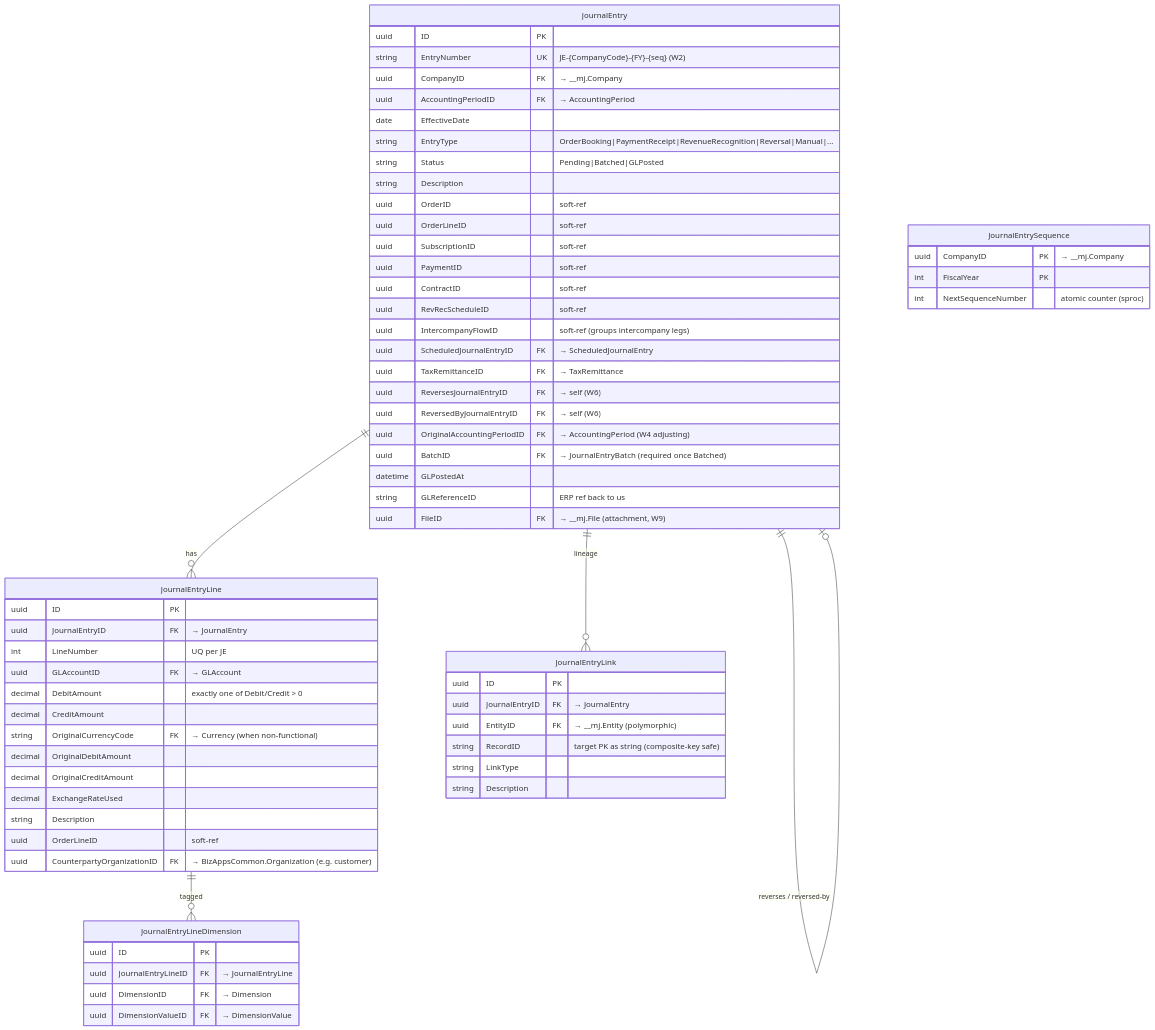
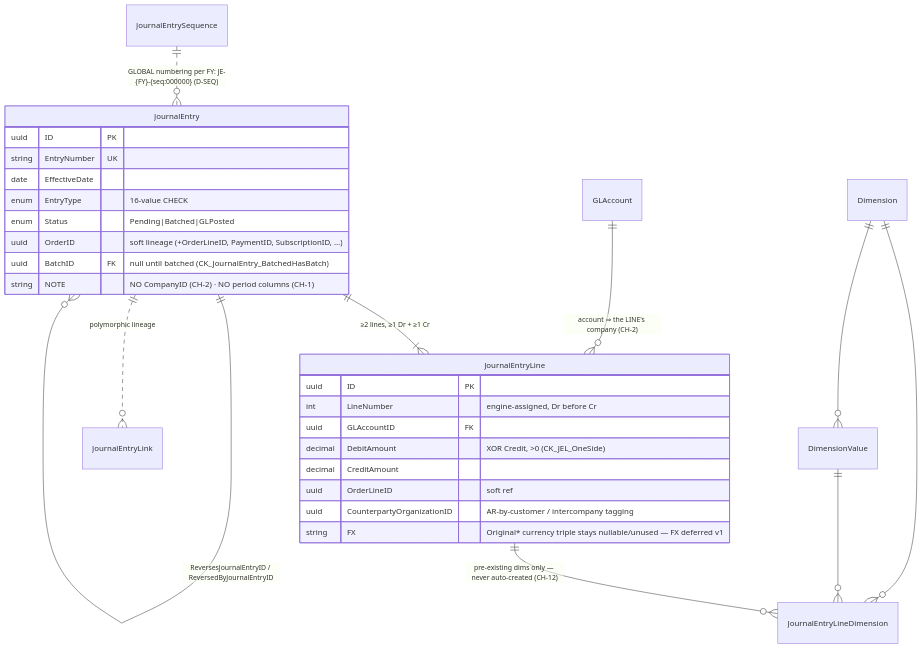
Before and after one commit to MemberJunction/bizapps-accounting: the second of 3 diagrams in docs/bizapps-accounting-erd.md, drawn with Mermaid. The commit also changed other lines of this file and 106 other files, not shown here.

First line of the commit message:
Accounting engine + Accounting.CreateJournalEntry op (AM-7 steps 1-4)

````diff
--- a/docs/bizapps-accounting-erd.md
+++ b/docs/bizapps-accounting-erd.md
@@ -172,67 +66,29 @@
 ```mermaid
 erDiagram
-    JournalEntry {
-        uuid ID PK
-        string EntryNumber UK "JE-{CompanyCode}-{FY}-{seq} (W2)"
-        uuid CompanyID FK "→ __mj.Company"
-        uuid AccountingPeriodID FK "→ AccountingPeriod"
-        date EffectiveDate
-        string EntryType "OrderBooking|PaymentReceipt|RevenueRecognition|Reversal|Manual|..."
-        string Status "Pending|Batched|GLPosted"
-        string Description
-        uuid OrderID "soft-ref"
-        uuid OrderLineID "soft-ref"
-        uuid SubscriptionID "soft-ref"
-        uuid PaymentID "soft-ref"
-        uuid ContractID "soft-ref"
-        uuid RevRecScheduleID "soft-ref"
-        uuid IntercompanyFlowID "soft-ref (groups intercompany legs)"
-        uuid ScheduledJournalEntryID FK "→ ScheduledJournalEntry"
-        uuid TaxRemittanceID FK "→ TaxRemittance"
-        uuid ReversesJournalEntryID FK "→ self (W6)"
-        uuid ReversedByJournalEntryID FK "→ self (W6)"
-        uuid OriginalAccountingPeriodID FK "→ AccountingPeriod (W4 adjusting)"
-        uuid BatchID FK "→ JournalEntryBatch (required once Batched)"
-        datetime GLPostedAt
-        string GLReferenceID "ERP ref back to us"
-        uuid FileID FK "→ __mj.File (attachment, W9)"
-    }
-    JournalEntryLine {
-        uuid ID PK
-        uuid JournalEntryID FK "→ JournalEntry"
-        int LineNumber "UQ per JE"
-        uuid GLAccountID FK "→ GLAccount"
-        decimal DebitAmount "exactly one of Debit/Credit > 0"
-        decimal CreditAmount
-        string OriginalCurrencyCode FK "→ Currency (when non-functional)"
-        decimal OriginalDebitAmount
-        decimal OriginalCreditAmount
-        decimal ExchangeRateUsed
-        string Description
-        uuid OrderLineID "soft-ref"
-        uuid CounterpartyOrganizationID FK "→ BizAppsCommon.Organization (e.g. customer)"
-    }
-    JournalEntryLineDimension {
-        uuid ID PK
-        uuid JournalEntryLineID FK "→ JournalEntryLine"
-        uuid DimensionID FK "→ Dimension"
-        uuid DimensionValueID FK "→ DimensionValue"
-    }
-    JournalEntryLink {
-        uuid ID PK
-        uuid JournalEntryID FK "→ JournalEntry"
-        uuid EntityID FK "→ __mj.Entity (polymorphic)"
-        string RecordID "target PK as string (composite-key safe)"
-        string LinkType
-        string Description
-    }
-    JournalEntrySequence {
-        uuid CompanyID PK "→ __mj.Company"
-        int FiscalYear PK
-        int NextSequenceNumber "atomic counter (sproc)"
-    }
-    JournalEntry ||--o{ JournalEntryLine : "has"
-    JournalEntryLine ||--o{ JournalEntryLineDimension : "tagged"
-    JournalEntry ||--o{ JournalEntryLink : "lineage"
-    JournalEntry ||--o| JournalEntry : "reverses / reversed-by"
+    JournalEntry ||--|{ JournalEntryLine : "≥2 lines, ≥1 Dr + ≥1 Cr"
+    GLAccount ||--o{ JournalEntryLine : "account ⇒ the LINE's company (CH-2)"
+    JournalEntryLine ||--o{ JournalEntryLineDimension : "pre-existing dims only — never auto-created (CH-12)"
+    Dimension ||--o{ JournalEntryLineDimension : ""
+    DimensionValue ||--o{ JournalEntryLineDimension : ""
+    Dimension ||--o{ DimensionValue : ""
+    JournalEntry ||--o{ JournalEntry : "ReversesJournalEntryID / ReversedByJournalEntryID"
+    JournalEntry ||..o{ JournalEntryLink : "polymorphic lineage"
+    JournalEntrySequence ||..o{ JournalEntry : "GLOBAL numbering per FY: JE-{FY}-{seq:000000} (D-SEQ)"
+
+    JournalEntry { uuid ID PK
+                   string EntryNumber UK
+                   date EffectiveDate
+                   enum EntryType "16-value CHECK"
+                   enum Status "Pending|Batched|GLPosted"
+                   uuid OrderID "soft lineage (+OrderLineID, PaymentID, SubscriptionID, …)"
+                   uuid BatchID FK "null until batched (CK_JournalEntry_BatchedHasBatch)"
+                   string NOTE "NO CompanyID (CH-2) · NO period columns (CH-1)" }
+    JournalEntryLine { uuid ID PK
+                       int LineNumber "engine-assigned, Dr before Cr"
+                       uuid GLAccountID FK
+                       decimal DebitAmount "XOR Credit, >0 (CK_JEL_OneSide)"
+                       decimal CreditAmount ""
+                       uuid OrderLineID "soft ref"
+                       uuid CounterpartyOrganizationID "AR-by-customer / intercompany tagging"
+                       string FX "Original* currency triple stays nullable/unused — FX deferred v1" }
 ```
````
